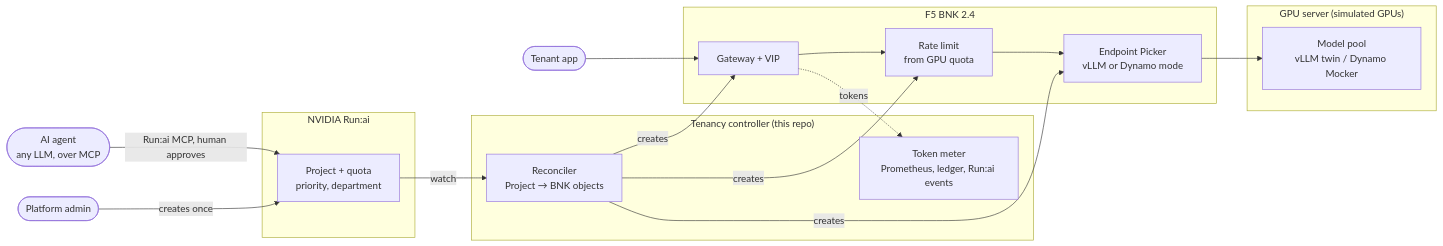
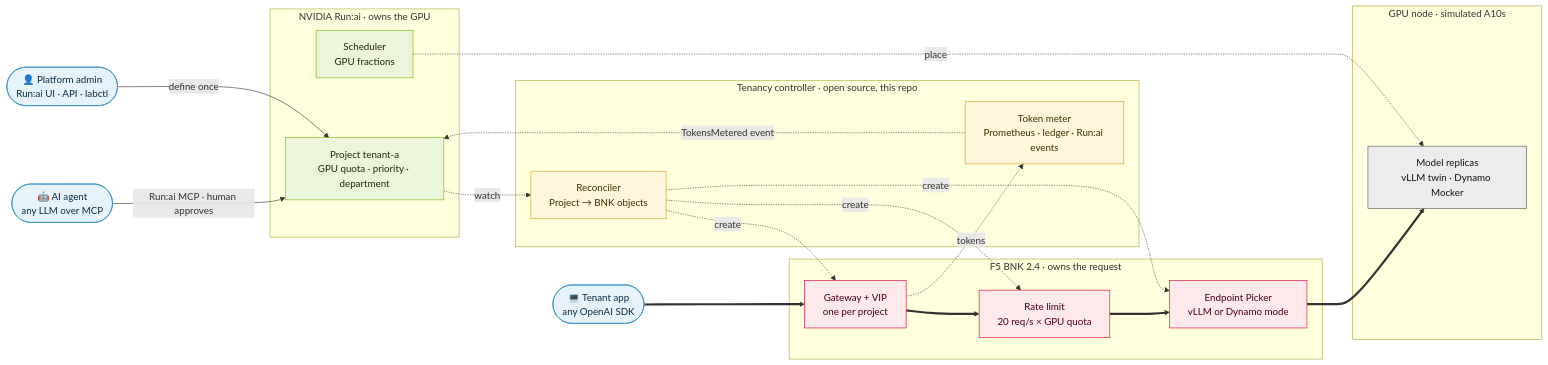
Before and after one commit to iracic82/bnk-runai-lab: the first of 5 diagrams in README.md, drawn with Mermaid. The commit also changed other lines of this file and 2 other files, not shown here.

Commit message:
README: lab topology image, the eight flows with their proof, colour-coded diagrams

````diff
--- a/README.md
+++ b/README.md
@@ -21,31 +33,46 @@
 ```mermaid
 flowchart LR
-    admin(["Platform admin"])
-    agent(["AI agent<br/>any LLM, over MCP"])
+    admin(["👤 Platform admin<br/>Run:ai UI · API · labctl"])
+    agent(["🤖 AI agent<br/>any LLM over MCP"])
+    client(["💻 Tenant app<br/>any OpenAI SDK"])
 
-    subgraph RUNAI["NVIDIA Run:ai"]
-        proj["Project + quota<br/>priority, department"]
+    subgraph RUNAI["NVIDIA Run:ai · owns the GPU"]
+        proj["Project tenant-a<br/>GPU quota · priority · department"]
+        sched["Scheduler<br/>GPU fractions"]
     end
 
-    subgraph CTRL["Tenancy controller (this repo)"]
+    subgraph CTRL["Tenancy controller · open source, this repo"]
         rec["Reconciler<br/>Project → BNK objects"]
-        meter["Token meter<br/>Prometheus, ledger, Run:ai events"]
+        meter["Token meter<br/>Prometheus · ledger · Run:ai events"]
     end
 
-    subgraph BNK["F5 BNK 2.4"]
-        gw["Gateway + VIP"]
-        rl["Rate limit<br/>from GPU quota"]
+    subgraph BNK["F5 BNK 2.4 · owns the request"]
+        gw["Gateway + VIP<br/>one per project"]
+        rl["Rate limit<br/>20 req/s × GPU quota"]
         epp["Endpoint Picker<br/>vLLM or Dynamo mode"]
     end
 
-    subgraph GPU["GPU server (simulated GPUs)"]
-        pool["Model pool<br/>vLLM twin / Dynamo Mocker"]
+    subgraph GPU["GPU node · simulated A10s"]
+        pool["Model replicas<br/>vLLM twin · Dynamo Mocker"]
     end
 
-    admin -->|"creates once"| proj
-    agent -->|"Run:ai MCP, human approves"| proj
-    proj -->|watch| rec
-    rec -->|creates| gw & rl & epp
-    client(["Tenant app"]) --> gw --> rl --> epp --> pool
-    gw -. tokens .-> meter
+    admin -->|"define once"| proj
+    agent -->|"Run:ai MCP · human approves"| proj
+    proj -.->|watch| rec
+    rec -.->|create| gw & rl & epp
+    sched -.->|place| pool
+    client ==> gw ==> rl ==> epp ==> pool
+    gw -.->|tokens| meter
+    meter -.->|"TokensMetered event"| proj
+
+    classDef runai fill:#eaf5d9,stroke:#76b900,color:#1d2a0a
+    classDef ctrl fill:#fff6dc,stroke:#d4a017,color:#3d2e00
+    classDef bnk fill:#fde8ea,stroke:#e4002b,color:#4a0010
+    classDef gpu fill:#ececec,stroke:#555,color:#111
+    classDef actor fill:#e6f3fb,stroke:#2b8ac6,color:#0b2a40
+    class proj,sched runai
+    class rec,meter ctrl
+    class gw,rl,epp bnk
+    class pool gpu
+    class admin,agent,client actor
 ```
````
